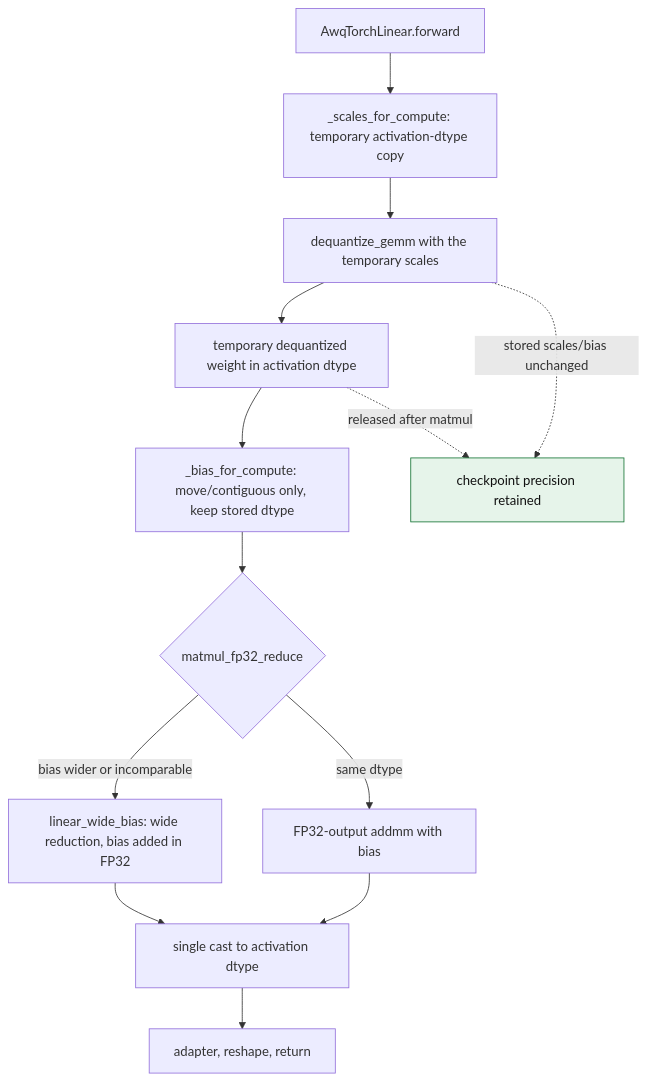
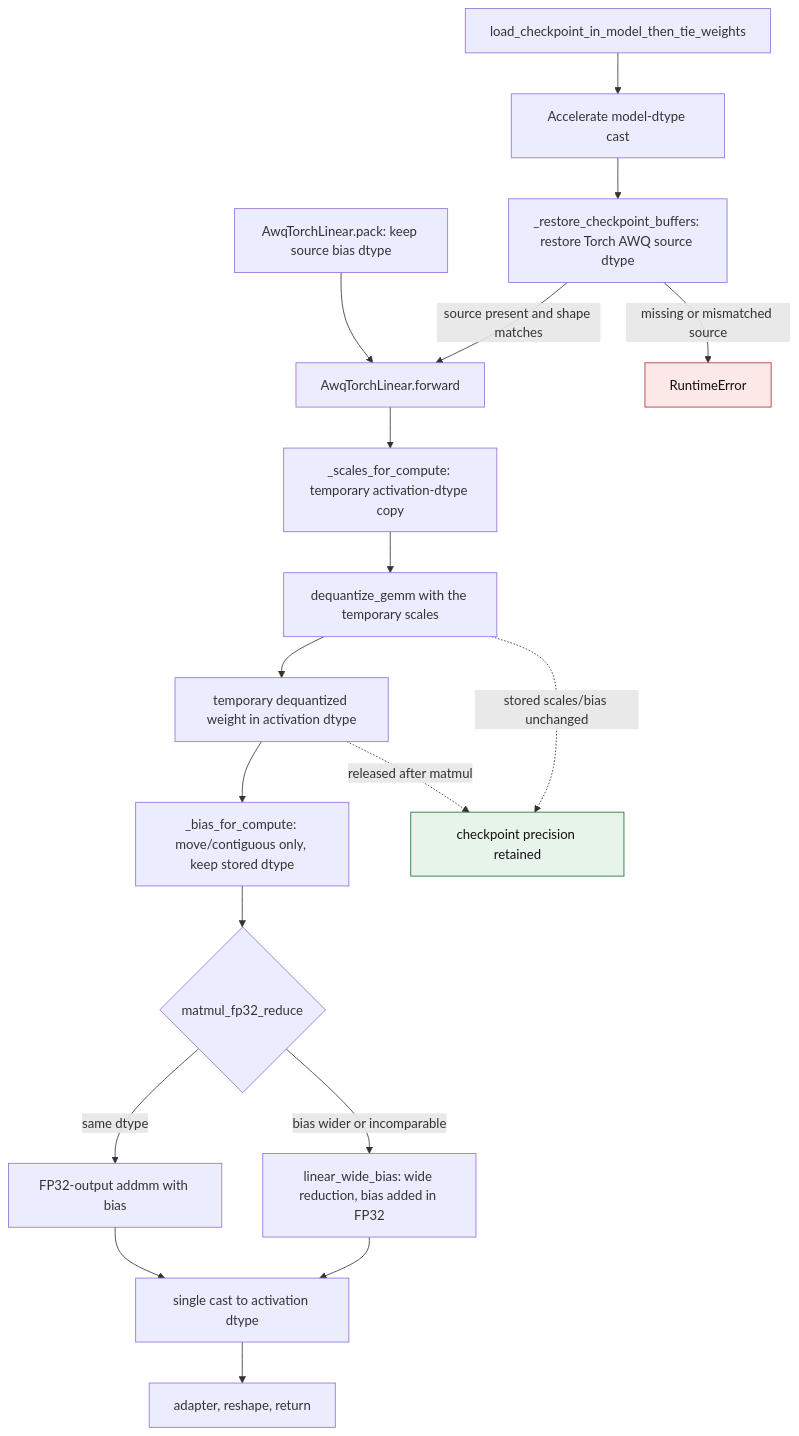
The diagram in docs/awq-runtime-dtype-precision.md (ModelCloud/GPTQModel), drawn with Mermaid before and after one commit. The commit also changed other lines of this file and 3 other files, not shown here.

Commit message:
fix(awq): preserve source operand precision through pack and load

````diff
--- a/docs/awq-runtime-dtype-precision.md
+++ b/docs/awq-runtime-dtype-precision.md
@@ -20,18 +25,24 @@
 ```mermaid
 flowchart TD
-    A["AwqTorchLinear.forward"] --> B["_scales_for_compute: temporary activation-dtype copy"]
+    L["load_checkpoint_in_model_then_tie_weights"] --> M["Accelerate model-dtype cast"]
+    M --> N["_restore_checkpoint_buffers: restore Torch AWQ source dtype"]
+    N -- "source present and shape matches" --> A["AwqTorchLinear.forward"]
+    N -- "missing or mismatched source" --> X["RuntimeError"]
+    P["AwqTorchLinear.pack: keep source bias dtype"] --> A
+    A --> B["_scales_for_compute: temporary activation-dtype copy"]
     B --> C["dequantize_gemm with the temporary scales"]
     C --> D["temporary dequantized weight in activation dtype"]
     D --> E["_bias_for_compute: move/contiguous only, keep stored dtype"]
     E --> F{"matmul_fp32_reduce"}
     F -- "bias wider or incomparable" --> G["linear_wide_bias: wide reduction, bias added in FP32"]
     F -- "same dtype" --> H["FP32-output addmm with bias"]
     G --> I["single cast to activation dtype"]
     H --> I
     I --> J["adapter, reshape, return"]
     C -. "stored scales/bias unchanged" .-> K["checkpoint precision retained"]
     D -. "released after matmul" .-> K
     classDef failure fill:#fce8e6,stroke:#a33,color:#111
     classDef stored fill:#e6f4ea,stroke:#137333,color:#111
+    class X failure
     class K stored
 ```
````
